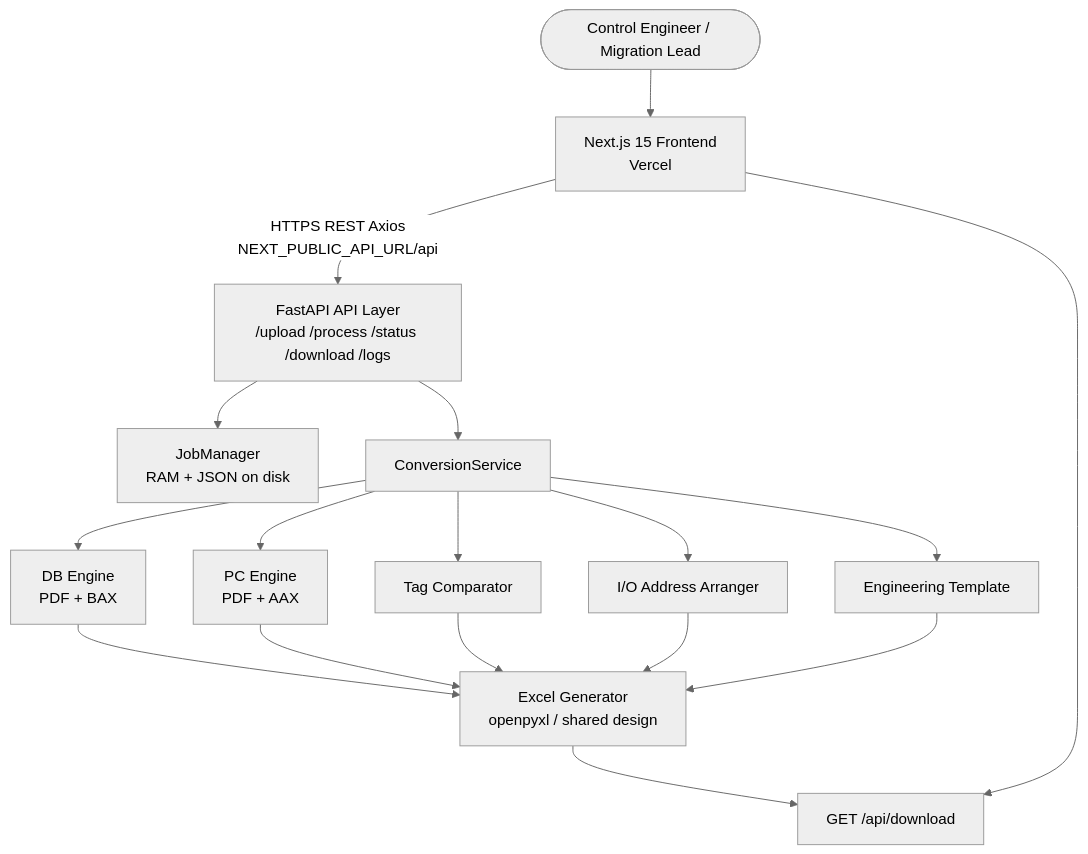
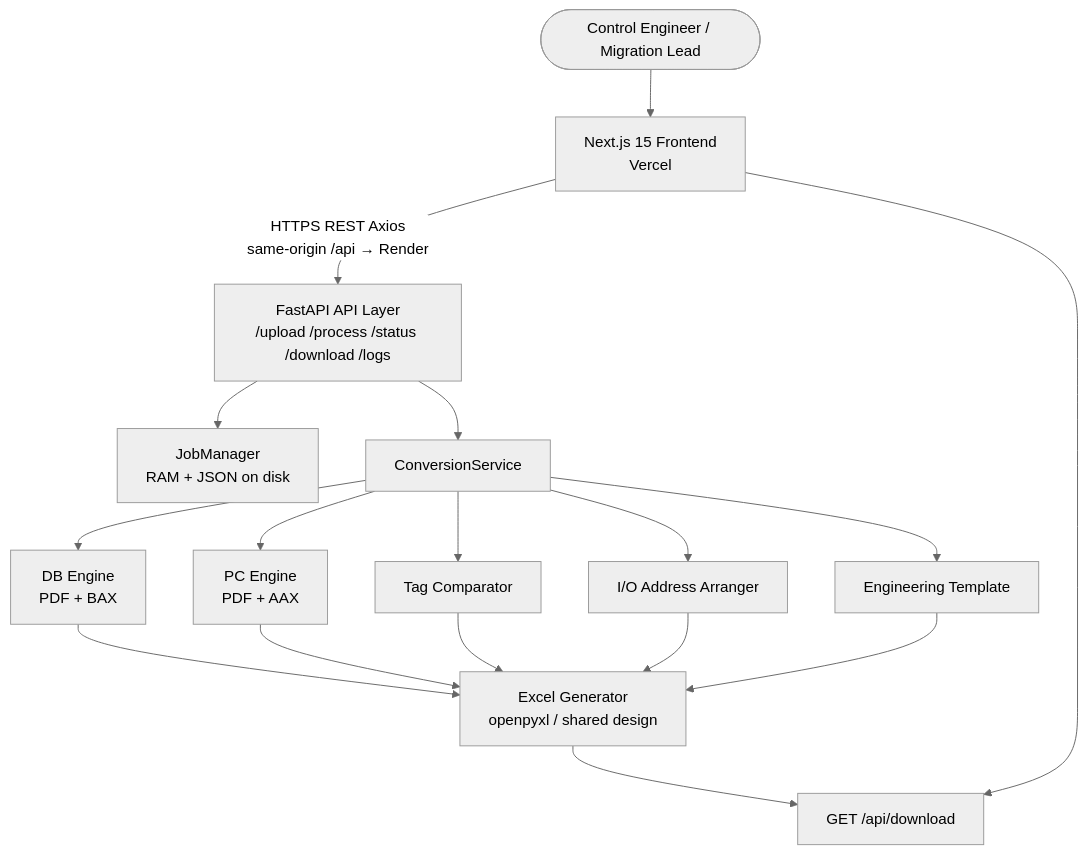
Before and after one commit to vedantlanjekar-official/ABB-AC450-Migration-Studio: the first of 2 diagrams in README.md, drawn with Mermaid (neutral theme). The commit also changed other lines of this file and 6 other files, not shown here.

````diff
--- a/README.md
+++ b/README.md
@@ -191,15 +193,15 @@
 ```mermaid
 flowchart TB
   User([Control Engineer / Migration Lead]) --> FE[Next.js 15 Frontend<br/>Vercel]
-  FE -->|HTTPS REST Axios<br/>NEXT_PUBLIC_API_URL/api| API[FastAPI API Layer<br/>/upload /process /status /download /logs]
+  FE -->|HTTPS REST Axios<br/>same-origin /api → Render| API[FastAPI API Layer<br/>/upload /process /status /download /logs]
   API --> JM[JobManager<br/>RAM + JSON on disk]
   API --> CS[ConversionService]
   CS --> DB[DB Engine<br/>PDF + BAX]
   CS --> PC[PC Engine<br/>PDF + AAX]
   CS --> CMP[Tag Comparator]
   CS --> IO[I/O Address Arranger]
   CS --> TPL[Engineering Template]
   DB & PC & CMP & IO & TPL --> XLS[Excel Generator<br/>openpyxl / shared design]
   XLS --> DL[GET /api/download]
   FE --> DL
 ```
````
